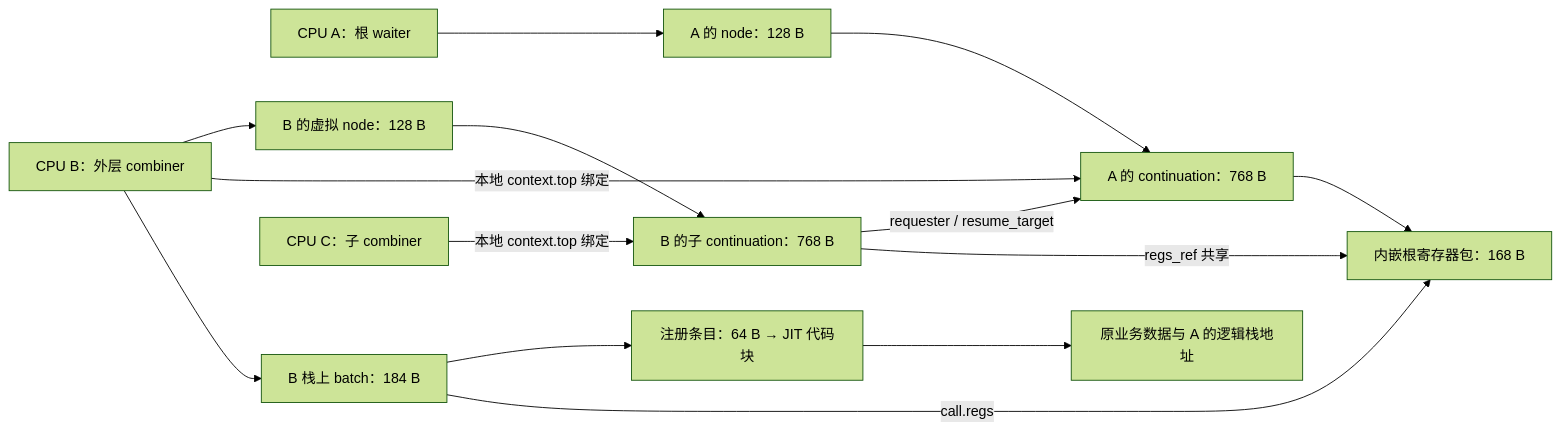
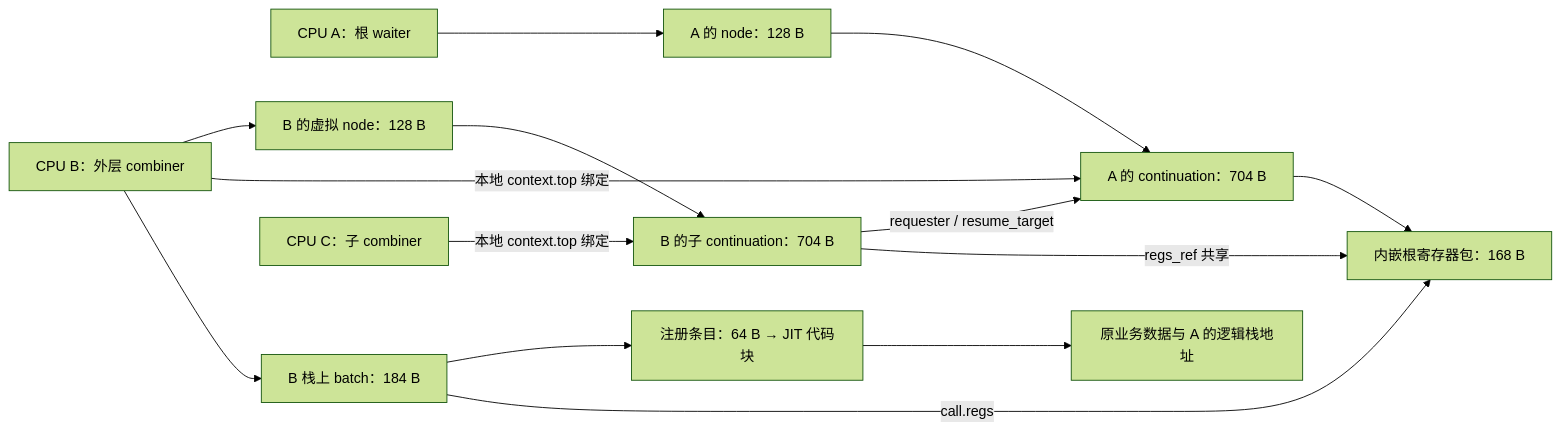
One commit to hailongeric/kdlock changed the third of 3 diagrams in bench/spin_cacheline/EXECUTION_PATHS.md. Above: the diagram before and after it, drawn with Mermaid (forest theme). The commit also changed other lines of this file and 60 other files, not shown here.

````diff
--- a/bench/spin_cacheline/EXECUTION_PATHS.md
+++ b/bench/spin_cacheline/EXECUTION_PATHS.md
@@ -467,16 +479,16 @@
 ```mermaid
 flowchart LR
     A["CPU A：根 waiter"] --> NA["A 的 node：128 B"]
-    NA --> RA["A 的 continuation：768 B"]
+    NA --> RA["A 的 continuation：704 B"]
     RA --> P["内嵌根寄存器包：168 B"]
     B["CPU B：外层 combiner"] --> CB["B 栈上 batch：184 B"]
     CB -->|call.regs| P
     B -->|本地 context.top 绑定| RA
     B --> NB["B 的虚拟 node：128 B"]
-    NB --> RB["B 的子 continuation：768 B"]
+    NB --> RB["B 的子 continuation：704 B"]
     RB -->|regs_ref 共享| P
     RB -->|requester / resume_target| RA
     C["CPU C：子 combiner"] -->|本地 context.top 绑定| RB
     CB --> E["注册条目：64 B → JIT 代码块"]
     E --> D["原业务数据与 A 的逻辑栈地址"]
 ```
````
